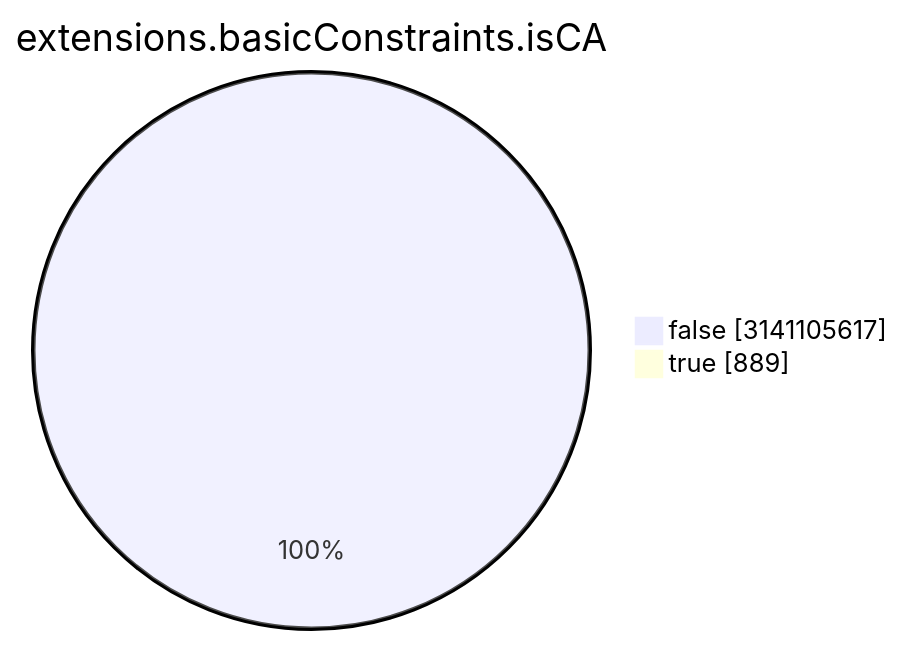
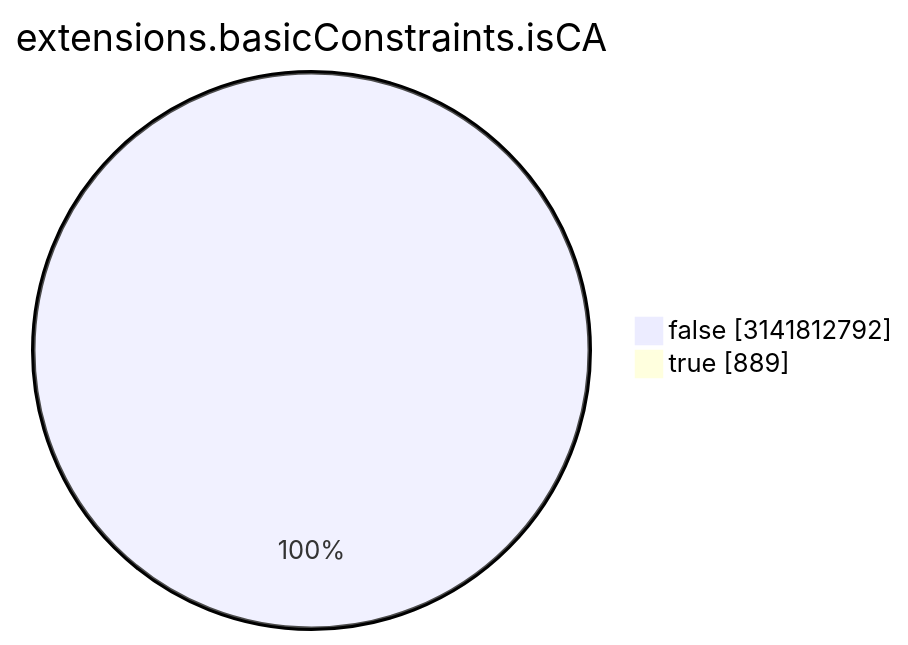
The seventh of 15 diagrams in TOTAL/README.md (christiankrug/ctmonitor_visualization), drawn with Mermaid before and after one commit. The commit also changed other lines of this file, not shown here.

````diff
--- a/TOTAL/README.md
+++ b/TOTAL/README.md
@@ -3088,6 +3088,6 @@
 ```mermaid
 pie showData
 title extensions.basicConstraints.isCA
-"false" :3141105617
+"false" :3141812792
 "true" :889
 ```
````
